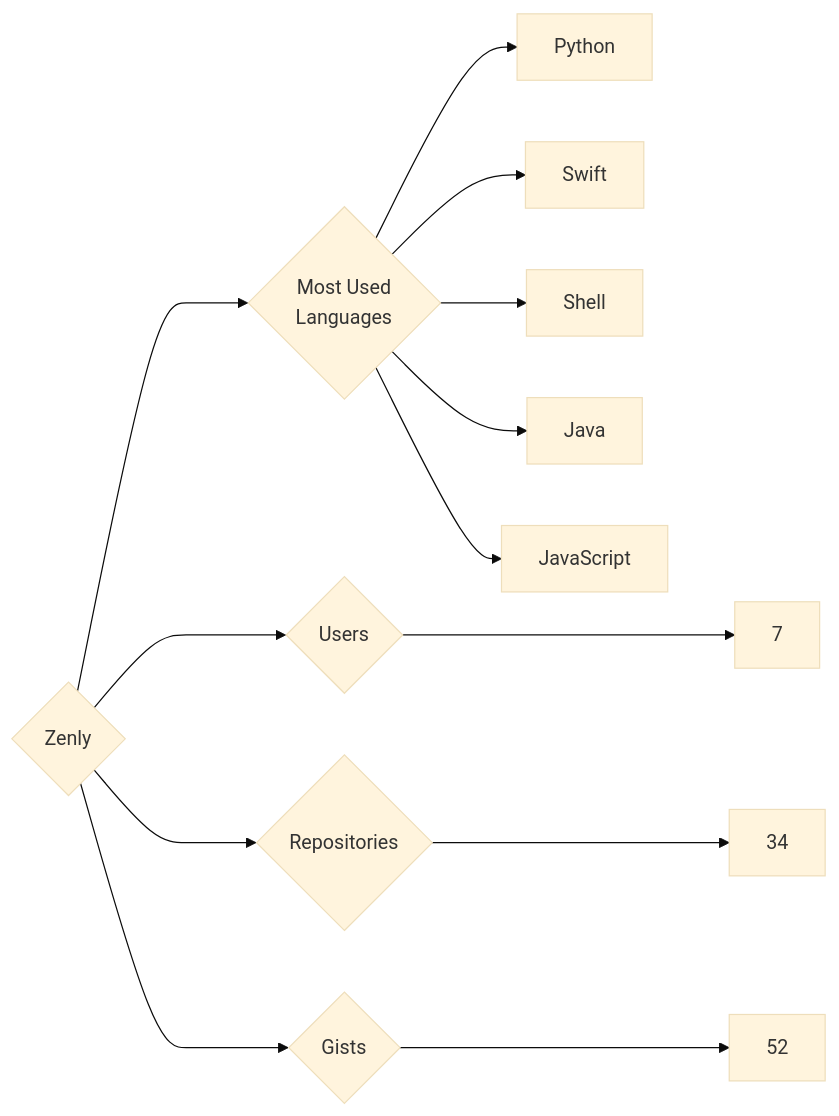
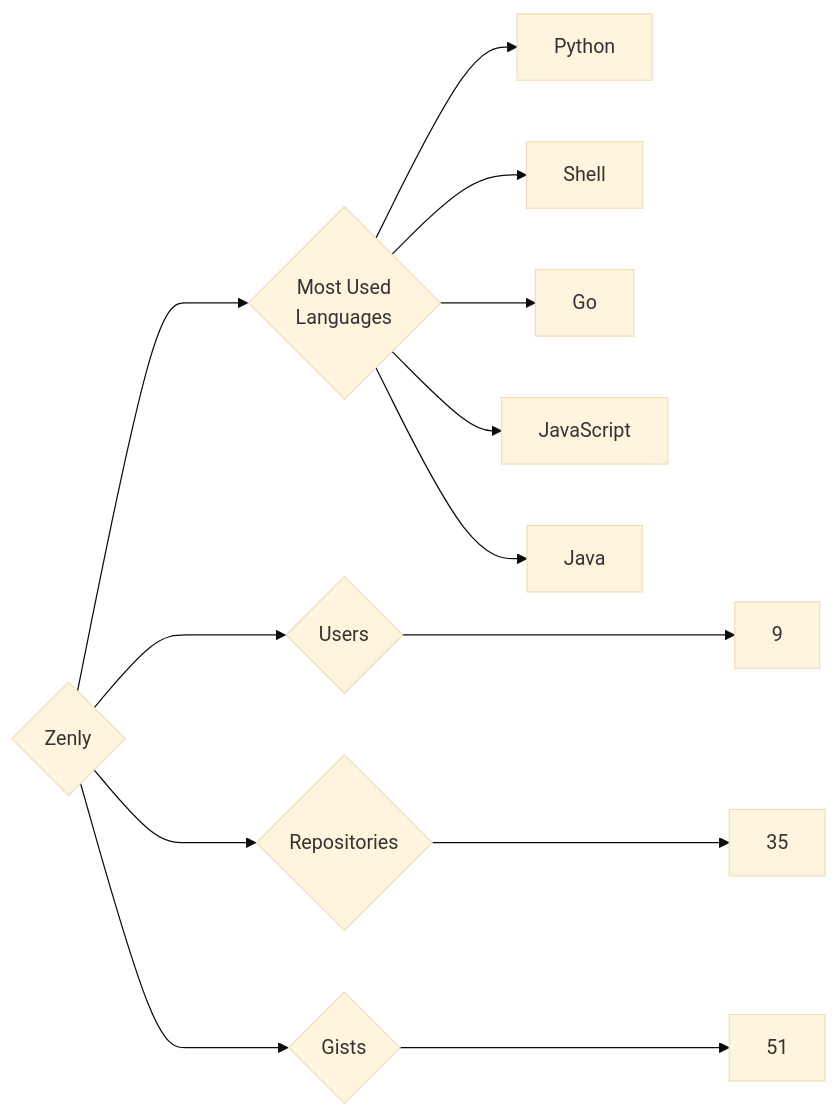
One commit to trickest/insiders changed the diagram in targets/Zenly/README.md. Above: the diagram before and after it, drawn with Mermaid (base theme). The commit also changed 969 other files, not shown here.

````diff
--- a/targets/Zenly/README.md
+++ b/targets/Zenly/README.md
@@ -3,13 +3,13 @@
 ```mermaid
 graph LR
 COMPANY_NAME{Zenly}
-COMPANY_NAME ---> U{Users} ---> UN[7]
-COMPANY_NAME ---> R{Repositories} ---> RN[34]
-COMPANY_NAME ---> G{Gists} ---> GN[52]
+COMPANY_NAME ---> U{Users} ---> UN[9]
+COMPANY_NAME ---> R{Repositories} ---> RN[35]
+COMPANY_NAME ---> G{Gists} ---> GN[51]
 COMPANY_NAME ---> ML{Most Used<br>Languages}
 ML --> Python[Python]
-ML --> Swift[Swift]
 ML --> Shell[Shell]
+ML --> Go[Go]
+ML --> JavaScript[JavaScript]
 ML --> Java[Java]
-ML --> JavaScript[JavaScript]
 ```
````
